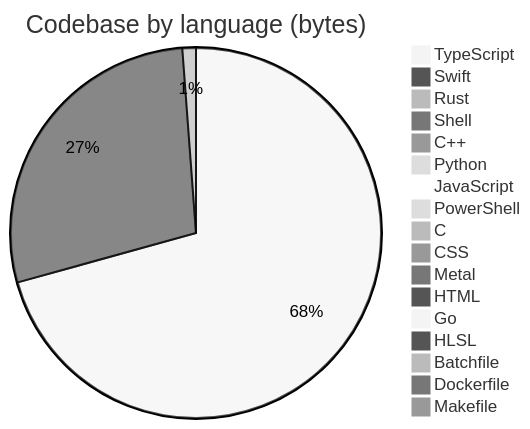
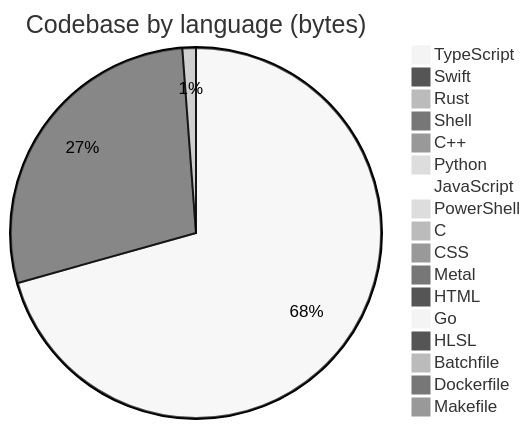
One commit to Open330/.github changed the diagram in profile/README.md. Above: the diagram before and after it, drawn with Mermaid (neutral theme). The commit also changed other lines of this file, not shown here.

````diff
--- a/profile/README.md
+++ b/profile/README.md
@@ -125,20 +125,20 @@
 ```mermaid
 pie title Codebase by language (bytes)
-    "TypeScript" : 33807930
-    "Swift" : 13447458
+    "TypeScript" : 33856560
+    "Swift" : 13499652
     "Rust" : 564235
     "Shell" : 439422
     "C++" : 388775
     "Python" : 294503
-    "JavaScript" : 182753
+    "JavaScript" : 197901
     "PowerShell" : 128198
     "C" : 114143
     "CSS" : 71809
     "Metal" : 33033
     "HTML" : 31957
     "Go" : 22811
     "HLSL" : 7527
     "Batchfile" : 5870
     "Dockerfile" : 4893
     "Makefile" : 1150
 ```
````
